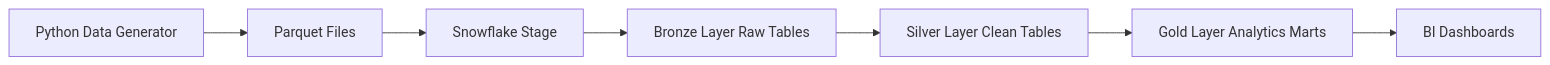
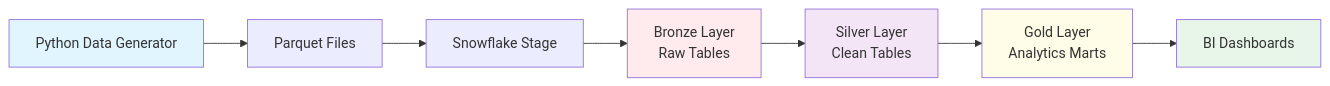
Before and after one commit to Shivam24012001/logistics-snowpark-platform: the first of 2 diagrams in README.md, drawn with Mermaid. The commit also changed other lines of this file, not shown here.

````diff
--- a/README.md
+++ b/README.md
@@ -36,15 +39,14 @@
 ```mermaid
 flowchart LR
-
-A[Python Data Generator] --> B[Parquet Files]
-
-B --> C[Snowflake Stage]
-
-C --> D[Bronze Layer Raw Tables]
-
-D --> E[Silver Layer Clean Tables]
-
-E --> F[Gold Layer Analytics Marts]
-
-F --> G[BI Dashboards]
+    A[Python Data Generator] --> B[Parquet Files]
+    B --> C[Snowflake Stage]
+    C --> D[Bronze Layer<br/>Raw Tables]
+    D --> E[Silver Layer<br/>Clean Tables]
+    E --> F[Gold Layer<br/>Analytics Marts]
+    F --> G[BI Dashboards]
+    style A fill:#e1f5ff
+    style D fill:#ffebee
+    style E fill:#f3e5f5
+    style F fill:#fffde7
+    style G fill:#e8f5e9
 ```
````
